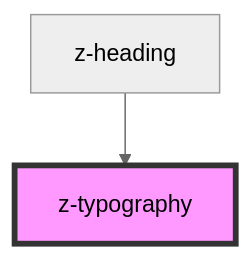
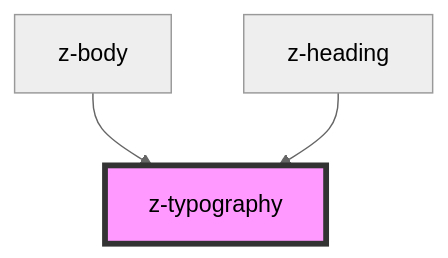
Before and after one commit to ZanichelliEditore/design-system: the diagram in src/components/typography/z-typography/readme.md, drawn with Mermaid (neutral theme). The commit also changed other lines of this file and 9 other files, not shown here.

````diff
--- a/src/components/typography/z-typography/readme.md
+++ b/src/components/typography/z-typography/readme.md
@@ -24,5 +26,6 @@
 ```mermaid
 graph TD;
+  z-body --> z-typography
   z-heading --> z-typography
   style z-typography fill:#f9f,stroke:#333,stroke-width:4px
 ```
````
